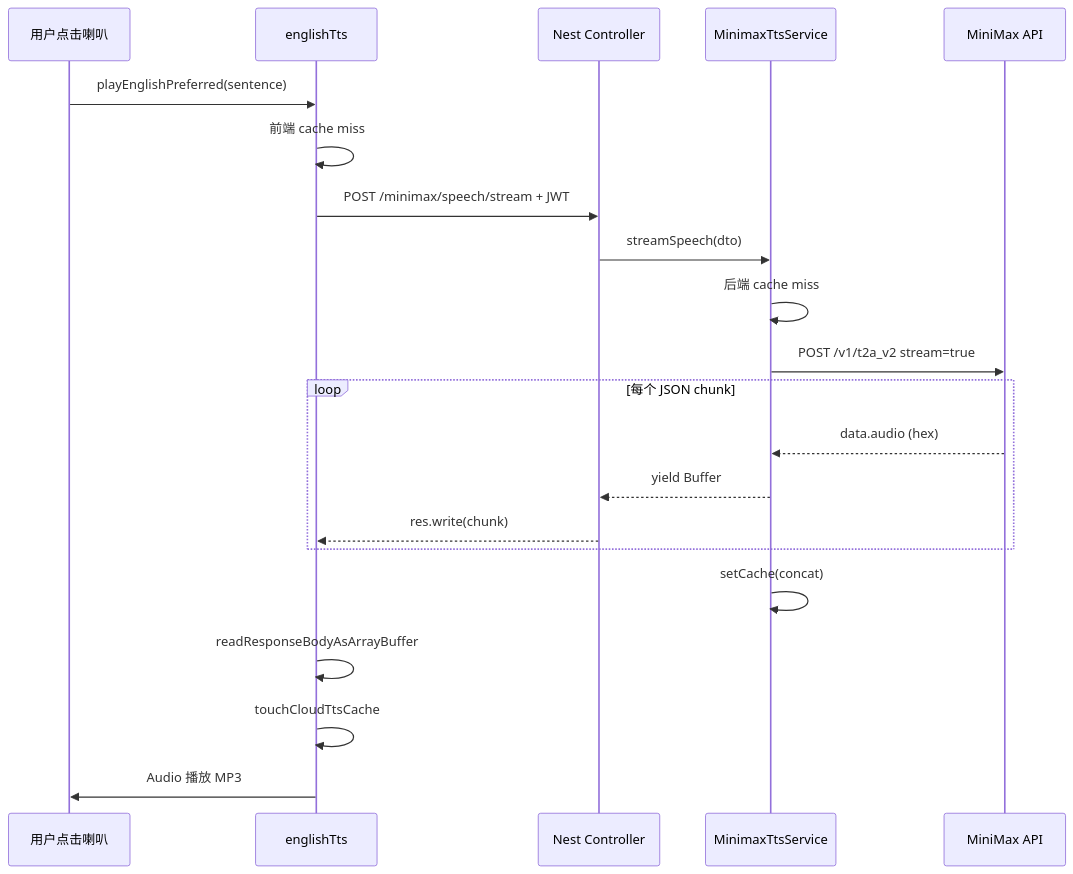
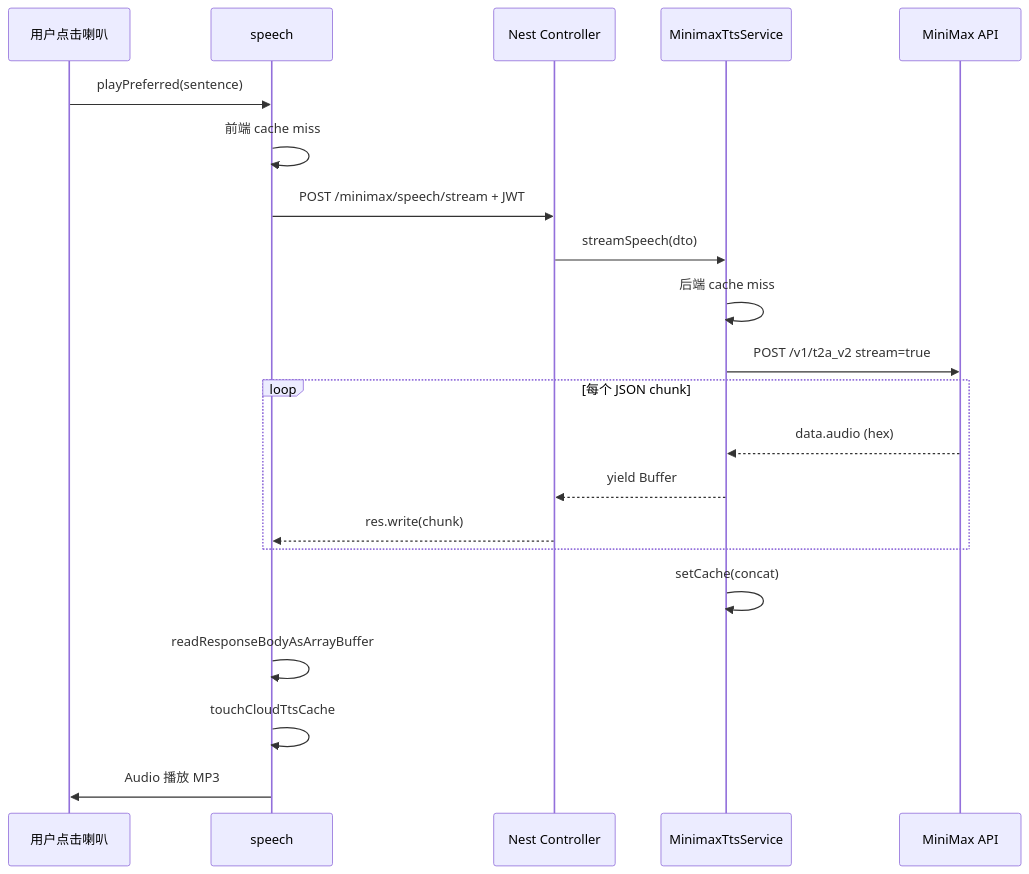
Before and after one commit to dnhyxc/dnhyxc-ai: the second of 2 diagrams in docs/english/minimax-cloud-tts.md, drawn with Mermaid. The commit also changed other lines of this file and 111 other files, not shown here.

````diff
--- a/docs/english/minimax-cloud-tts.md
+++ b/docs/english/minimax-cloud-tts.md
@@ -455,24 +455,24 @@
 ```mermaid
 sequenceDiagram
   participant U as 用户点击喇叭
-  participant FE as englishTts
+  participant FE as speech
   participant API as Nest Controller
   participant MM as MinimaxTtsService
   participant MX as MiniMax API
 
-  U->>FE: playEnglishPreferred(sentence)
+  U->>FE: playPreferred(sentence)
   FE->>FE: 前端 cache miss
   FE->>API: POST /minimax/speech/stream + JWT
   API->>MM: streamSpeech(dto)
   MM->>MM: 后端 cache miss
   MM->>MX: POST /v1/t2a_v2 stream=true
   loop 每个 JSON chunk
     MX-->>MM: data.audio (hex)
     MM-->>API: yield Buffer
     API-->>FE: res.write(chunk)
   end
   MM->>MM: setCache(concat)
   FE->>FE: readResponseBodyAsArrayBuffer
   FE->>FE: touchCloudTtsCache
   FE->>U: Audio 播放 MP3
 ```
````
